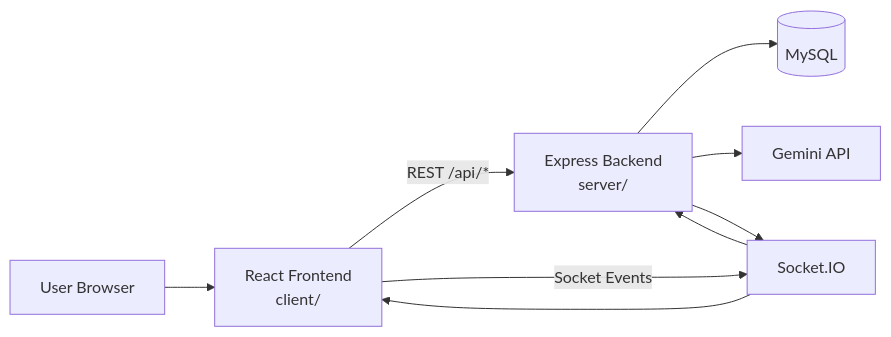
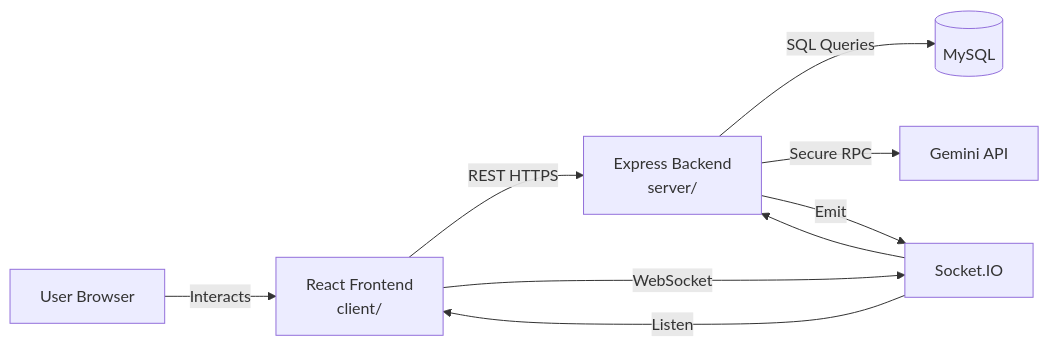
One commit to bhavik-sorathiya/SkillWise changed the first of 3 diagrams in docs/architecture.md. Above: the diagram before and after it, drawn with Mermaid. The commit also changed other lines of this file and 17 other files, not shown here.

````diff
--- a/docs/architecture.md
+++ b/docs/architecture.md
@@ -13,18 +14,18 @@
 ```mermaid
 flowchart LR
   U[User Browser]
   FE[React Frontend\nclient/]
   API[Express Backend\nserver/]
   DB[(MySQL)]
   AI[Gemini API]
   WS[Socket.IO]
 
-  U --> FE
-  FE -->|REST /api/*| API
-  FE -->|Socket Events| WS
+  U -->|Interacts| FE
+  FE -->|REST HTTPS| API
+  FE -->|WebSocket| WS
   WS --> API
-  API --> DB
-  API --> AI
-  API --> WS
-  WS --> FE
+  API -->|SQL Queries| DB
+  API -->|Secure RPC| AI
+  API -->|Emit| WS
+  WS -->|Listen| FE
 ```
````
